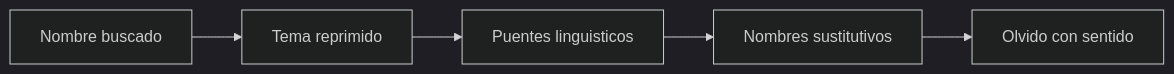
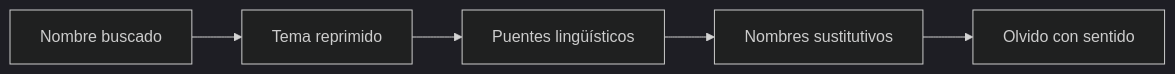
The second of 3 diagrams in libro/bookops/02-sintesis-integrada/04-formaciones-del-inconciente.md (javifernandes/psicoanalisis-freud-laznik), drawn with Mermaid (dark theme) before and after one commit. The commit also changed other lines of this file and 30 other files, not shown here.

````diff
--- a/libro/bookops/02-sintesis-integrada/04-formaciones-del-inconciente.md
+++ b/libro/bookops/02-sintesis-integrada/04-formaciones-del-inconciente.md
@@ -49,7 +49,7 @@
 ```mermaid
 flowchart LR
   A["Nombre buscado"] --> B["Tema reprimido"]
-  B --> C["Puentes linguisticos"]
+  B --> C["Puentes lingüísticos"]
   C --> D["Nombres sustitutivos"]
   D --> E["Olvido con sentido"]
 ```
````
